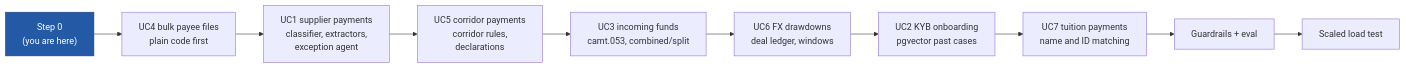
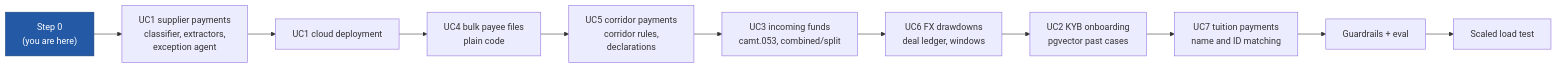
One commit to tirumani-ai/clear_rail_fde changed the first of 2 diagrams in README.md. Above: the diagram before and after it, drawn with Mermaid. The commit also changed other lines of this file, not shown here.

Commit message:
README: take UC1 first, through to cloud deployment

````diff
--- a/README.md
+++ b/README.md
@@ -36,13 +36,14 @@
 ```mermaid
 graph LR
-    S0["Step 0<br/>(you are here)"] --> S1[UC4 bulk payee files<br/>plain code first]
-    S1 --> S2[UC1 supplier payments<br/>classifier, extractors,<br/>exception agent]
-    S2 --> S3[UC5 corridor payments<br/>corridor rules,<br/>declarations]
-    S3 --> S4[UC3 incoming funds<br/>camt.053, combined/split]
-    S4 --> S5[UC6 FX drawdowns<br/>deal ledger, windows]
-    S5 --> S6[UC2 KYB onboarding<br/>pgvector past cases]
-    S6 --> S7[UC7 tuition payments<br/>name and ID matching]
-    S7 --> S8[Guardrails + eval]
-    S8 --> S9[Scaled load test]
+    S0["Step 0<br/>(you are here)"] --> S1[UC1 supplier payments<br/>classifier, extractors,<br/>exception agent]
+    S1 --> S2[UC1 cloud deployment]
+    S2 --> S3[UC4 bulk payee files<br/>plain code]
+    S3 --> S4[UC5 corridor payments<br/>corridor rules,<br/>declarations]
+    S4 --> S5[UC3 incoming funds<br/>camt.053, combined/split]
+    S5 --> S6[UC6 FX drawdowns<br/>deal ledger, windows]
+    S6 --> S7[UC2 KYB onboarding<br/>pgvector past cases]
+    S7 --> S8[UC7 tuition payments<br/>name and ID matching]
+    S8 --> S9[Guardrails + eval]
+    S9 --> S10[Scaled load test]
     style S0 fill:#2459A6,stroke:#173F78,color:#fff
 ```
````
